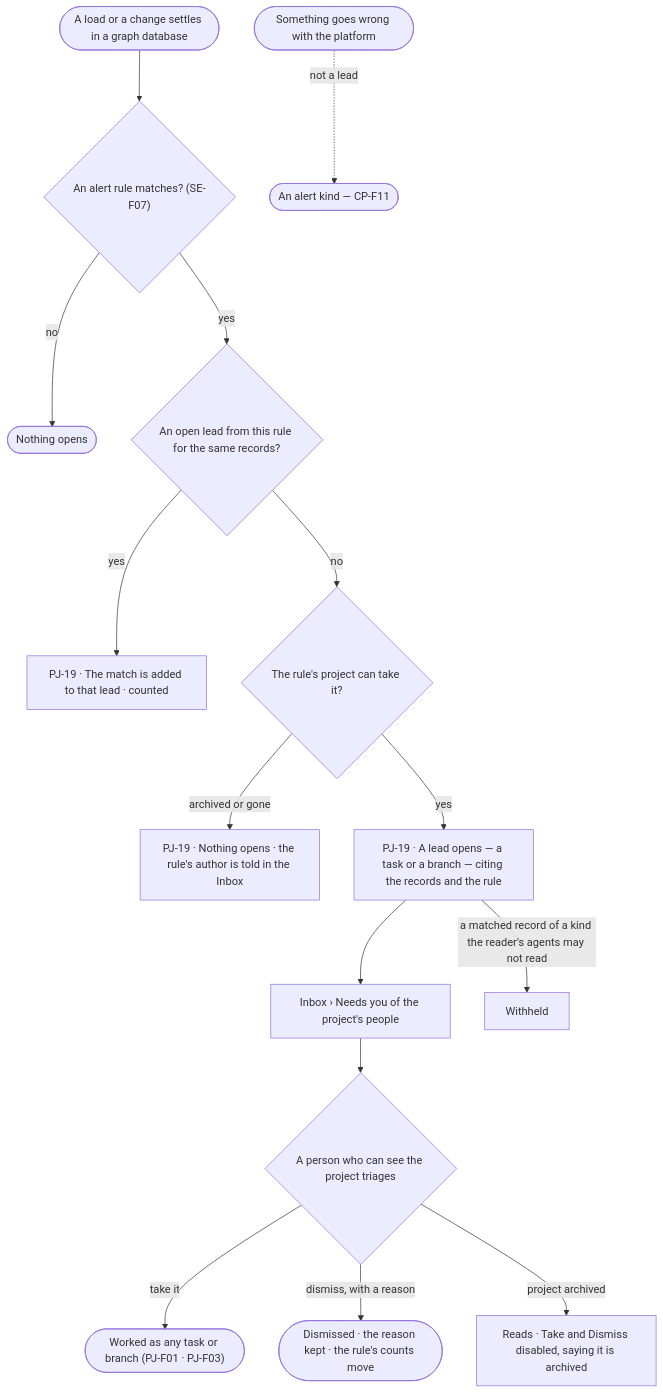
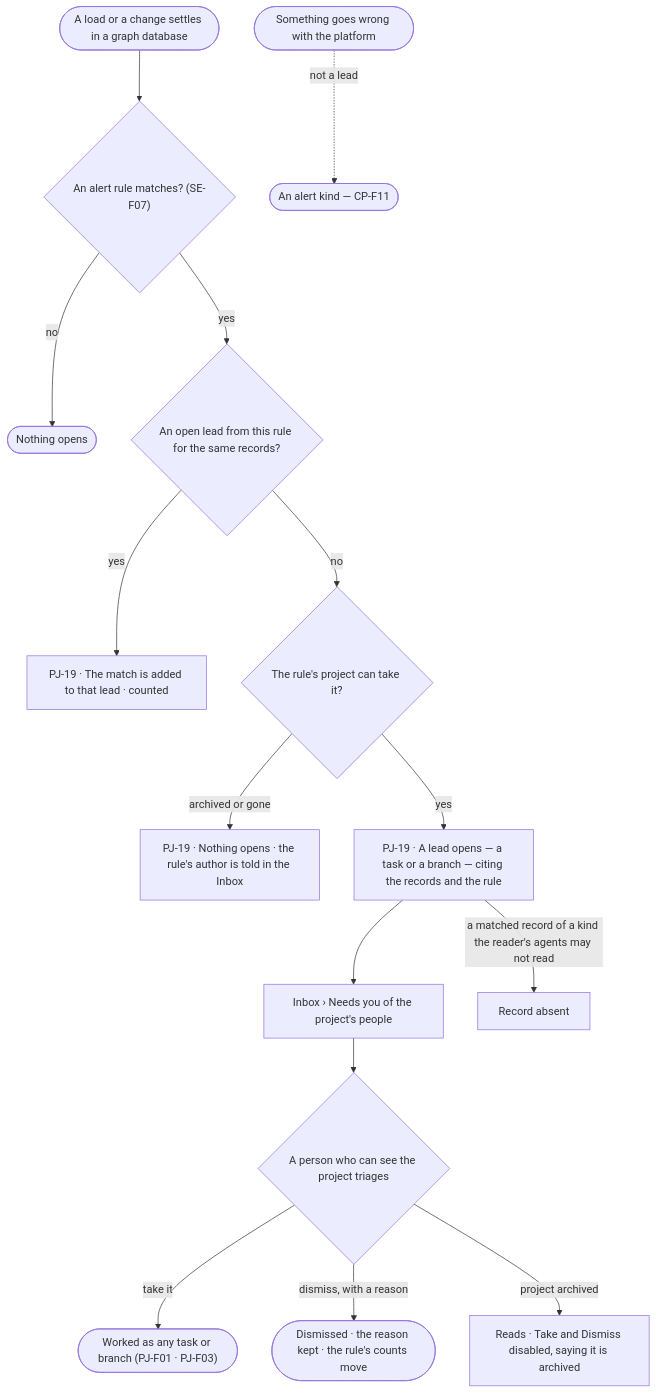
One commit to invana/invana changed the first of 2 diagrams in specs/capabilities/projects/features/PJ-F06-alerts/feature.md. Above: the diagram before and after it, drawn with Mermaid. The commit also changed other lines of this file and 69 other files, not shown here.

````diff
--- a/specs/capabilities/projects/features/PJ-F06-alerts/feature.md
+++ b/specs/capabilities/projects/features/PJ-F06-alerts/feature.md
@@ -25,17 +25,17 @@
 ```mermaid
 flowchart TD
   ld([A load or a change settles in a graph database]) --> chk{"An alert rule matches? (SE-F07)"}
   chk -->|no| none([Nothing opens])
   chk -->|yes| open{"An open lead from this rule for the same records?"}
   open -->|yes| add["PJ-19 · The match is added to that lead · counted"]
   open -->|no| proj{"The rule's project can take it?"}
   proj -->|archived or gone| nf["PJ-19 · Nothing opens · the rule's author is told in the Inbox"]
   proj -->|yes| lead["PJ-19 · A lead opens — a task or a branch — citing the records and the rule"]
   lead --> nyou["Inbox › Needs you of the project's people"]
   nyou --> tri{"A person who can see the project triages"}
   tri -->|take it| work(["Worked as any task or branch (PJ-F01 · PJ-F03)"])
   tri -->|dismiss, with a reason| dis(["Dismissed · the reason kept · the rule's counts move"])
   tri -->|project archived| ro["Reads · Take and Dismiss disabled, saying it is archived"]
-  lead -->|a matched record of a kind the reader's agents may not read| wr["Withheld"]
+  lead -->|a matched record of a kind the reader's agents may not read| wr["Record absent"]
   ops([Something goes wrong with the platform]) -.->|not a lead| cp(["An alert kind — CP-F11"])
 ```
````
